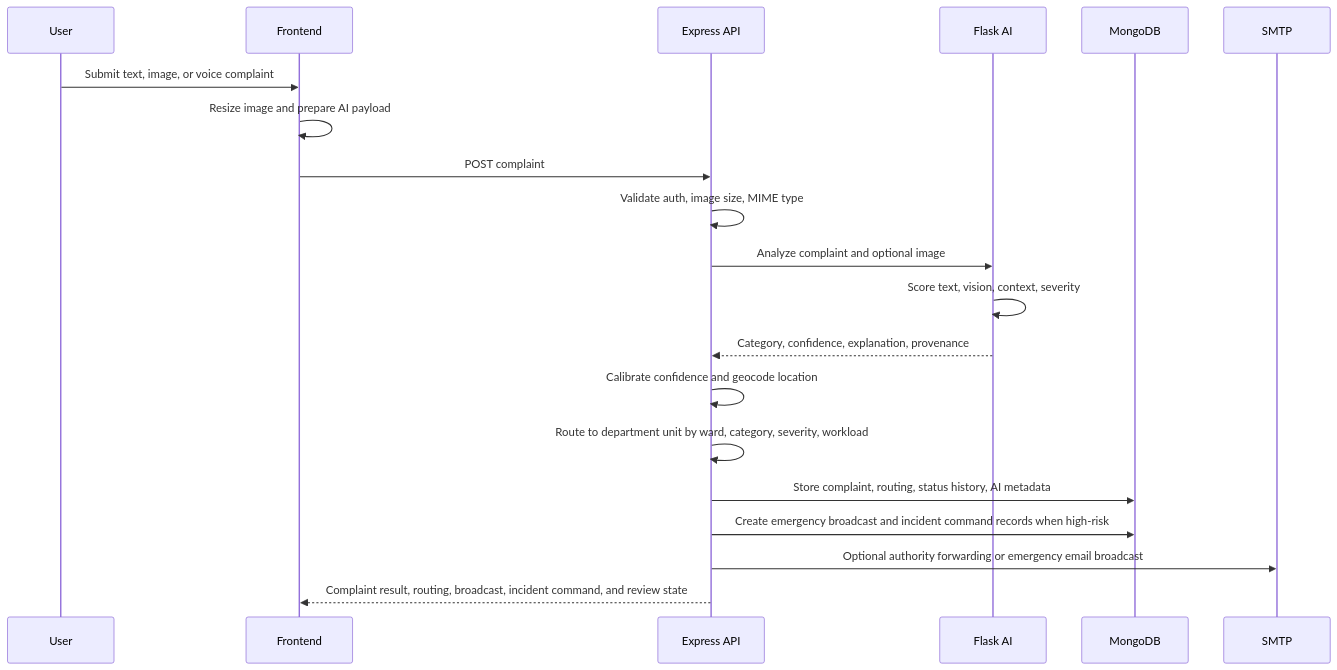
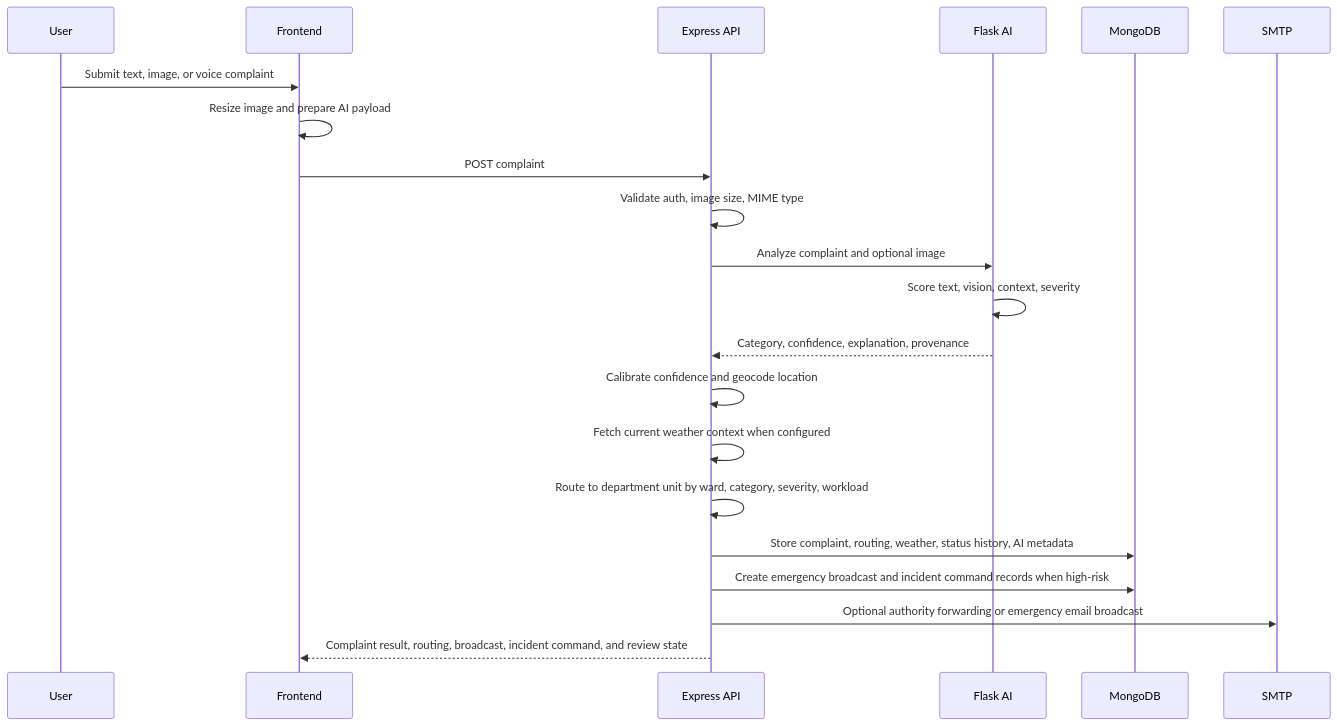
The second of 2 diagrams in README.md (Shreyas0047/Urban-Pulse-Ai), drawn with Mermaid before and after one commit. The commit also changed other lines of this file, not shown here.

````diff
--- a/README.md
+++ b/README.md
@@ -50,23 +52,24 @@
 ```mermaid
 sequenceDiagram
     participant U as User
     participant FE as Frontend
     participant API as Express API
     participant AI as Flask AI
     participant DB as MongoDB
     participant Mail as SMTP
 
     U->>FE: Submit text, image, or voice complaint
     FE->>FE: Resize image and prepare AI payload
     FE->>API: POST complaint
     API->>API: Validate auth, image size, MIME type
     API->>AI: Analyze complaint and optional image
     AI->>AI: Score text, vision, context, severity
     AI-->>API: Category, confidence, explanation, provenance
     API->>API: Calibrate confidence and geocode location
+    API->>API: Fetch current weather context when configured
     API->>API: Route to department unit by ward, category, severity, workload
-    API->>DB: Store complaint, routing, status history, AI metadata
+    API->>DB: Store complaint, routing, weather, status history, AI metadata
     API->>DB: Create emergency broadcast and incident command records when high-risk
     API->>Mail: Optional authority forwarding or emergency email broadcast
     API-->>FE: Complaint result, routing, broadcast, incident command, and review state
 ```
````
